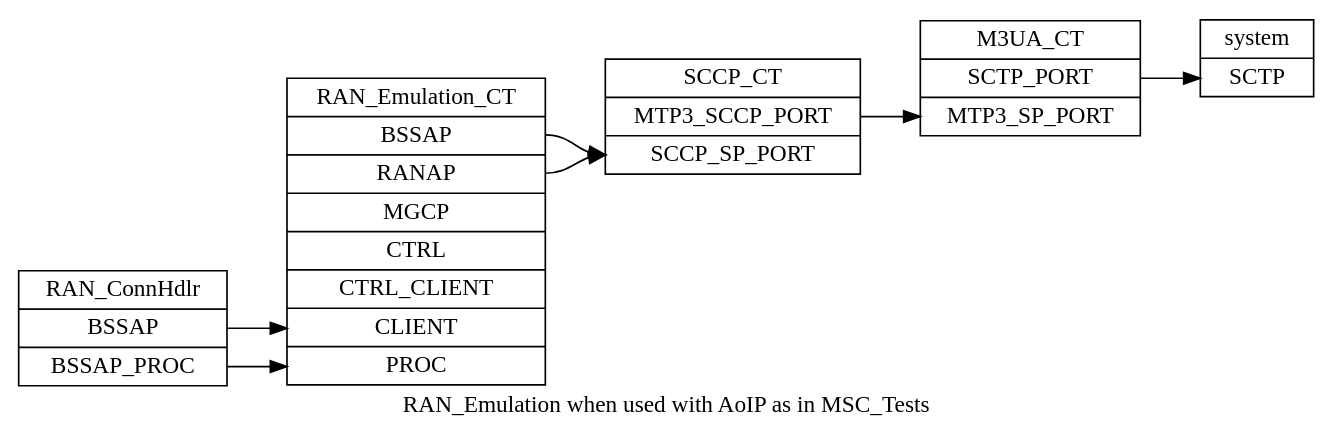
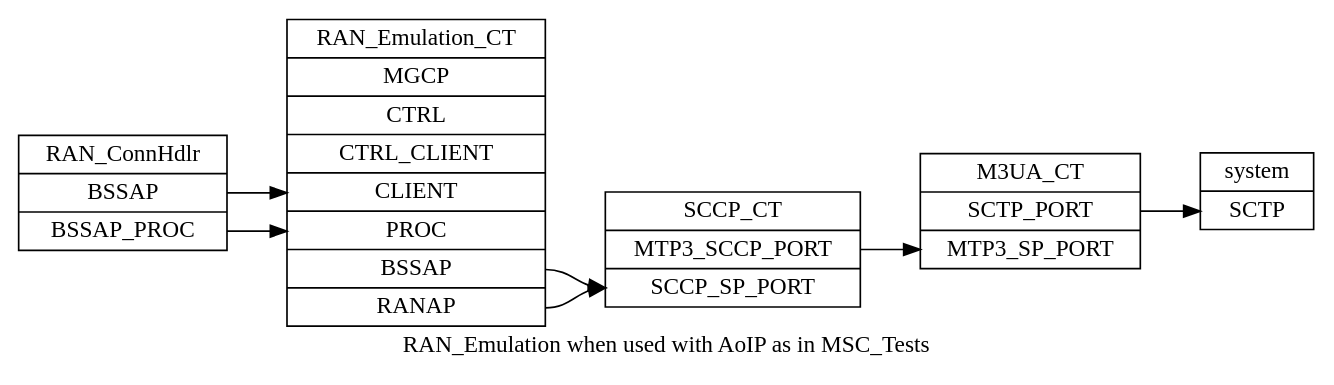
Before and after one commit to osmocom/osmo-ttcn3-hacks: the diagram in doc/ran_emulation_aoip.dot, drawn with Graphviz. The commit also changed 3 other files, not shown here.

First line of the commit message:
doc: Re-order ports in RAN_Emulation_CT

```diff
--- a/doc/ran_emulation_aoip.dot
+++ b/doc/ran_emulation_aoip.dot
@@ -1,39 +1,39 @@
 digraph G {
 	rankdir = LR;
 	label = "RAN_Emulation when used with AoIP as in MSC_Tests";
 
 	"RAN_ConnHdlr" [
 		shape = "record"
 		label = "<f0> RAN_ConnHdlr | <BSSAP> BSSAP | <BSSAP_PROC> BSSAP_PROC"
 	];
 
 	"RAN_Emulation_CT" [
 		shape = "record"
-		label = "<f0> RAN_Emulation_CT | <BSSAP> BSSAP | <RANAP> RANAP | <MGCP> MGCP | <CTRL> CTRL | <CTRL_CLIENT> CTRL_CLIENT | <CLIENT> CLIENT | <PROC> PROC"
+		label = "<f0> RAN_Emulation_CT | <MGCP> MGCP | <CTRL> CTRL | <CTRL_CLIENT> CTRL_CLIENT | <CLIENT> CLIENT | <PROC> PROC | <BSSAP> BSSAP | <RANAP> RANAP"
 	];
 
 	"SCCP_CT" [
 		shape = "record"
 		label = "<f0> SCCP_CT | <MTP3_SCCP_PORT> MTP3_SCCP_PORT | <SCCP_SP_PORT> SCCP_SP_PORT"
 	];
 
 	"M3UA_CT" [
 
 		shape = "record"
 		label = "<f0> M3UA_CT | <STCP_PORT> SCTP_PORT | <MTP3_SP_PORT> MTP3_SP_PORT"
 	];
 
 	"system" [
 		shape = "record"
 		label = "<f0> system | <SCTP> SCTP"
 	];
 
 	"RAN_ConnHdlr":BSSAP -> "RAN_Emulation_CT":CLIENT
 	"RAN_ConnHdlr":BSSAP_PROC -> "RAN_Emulation_CT":PROC
 
 	"RAN_Emulation_CT":BSSAP -> "SCCP_CT":SCCP_SP_PORT
 	"RAN_Emulation_CT":RANAP -> "SCCP_CT":SCCP_SP_PORT
 
 	"SCCP_CT":MTP3_SCCP_PORT -> "M3UA_CT":MTP3_SP_PORT
 	"M3UA_CT":SCTP_PORT -> "system":SCTP
 }
```
